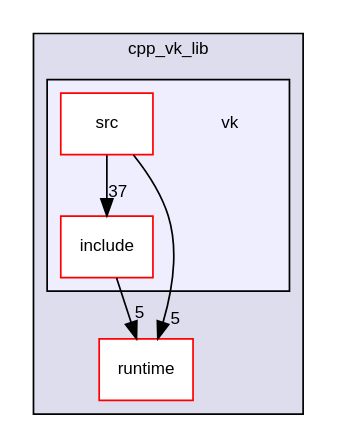
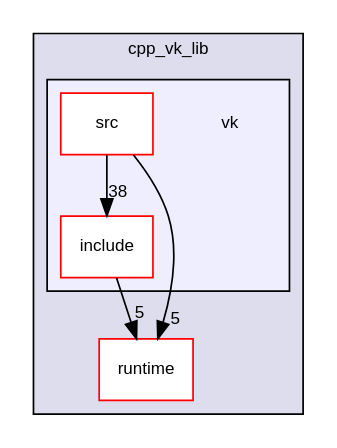
Before and after one commit to edgjj/cpp_vk_lib: the diagram in docs/dir_bfc5d6602c24fe620e9298c54e0ed106_dep.dot, drawn with Graphviz. The commit also changed 126 other files, not shown here.

```diff
--- a/docs/dir_bfc5d6602c24fe620e9298c54e0ed106_dep.dot
+++ b/docs/dir_bfc5d6602c24fe620e9298c54e0ed106_dep.dot
@@ -1,18 +1,18 @@
 digraph "vk" {
   compound=true
   node [ fontsize="10", fontname="Helvetica"];
   edge [ labelfontsize="10", labelfontname="Helvetica"];
   subgraph clusterdir_4470ddd6e717f230cc39b1c2bb983dff {
     graph [ bgcolor="#ddddee", pencolor="black", label="cpp_vk_lib" fontname="Helvetica", fontsize="10", URL="dir_4470ddd6e717f230cc39b1c2bb983dff.html"]
   dir_ae58b8918dcb99903ff518e79eee4aff [shape=box label="runtime" fillcolor="white" style="filled" color="red" URL="dir_ae58b8918dcb99903ff518e79eee4aff.html"];
   subgraph clusterdir_bfc5d6602c24fe620e9298c54e0ed106 {
     graph [ bgcolor="#eeeeff", pencolor="black", label="" URL="dir_bfc5d6602c24fe620e9298c54e0ed106.html"];
     dir_bfc5d6602c24fe620e9298c54e0ed106 [shape=plaintext label="vk"];
   dir_5a2e7e63c769be3e121e8a7cb4ca18ae [shape=box label="include" fillcolor="white" style="filled" color="red" URL="dir_5a2e7e63c769be3e121e8a7cb4ca18ae.html"];
   dir_c72a5efb889fc03326ef7775bdf6554c [shape=box label="src" fillcolor="white" style="filled" color="red" URL="dir_c72a5efb889fc03326ef7775bdf6554c.html"];
   }
   }
-  dir_c72a5efb889fc03326ef7775bdf6554c->dir_5a2e7e63c769be3e121e8a7cb4ca18ae [headlabel="37", labeldistance=1.5 headhref="dir_000005_000002.html"];
+  dir_c72a5efb889fc03326ef7775bdf6554c->dir_5a2e7e63c769be3e121e8a7cb4ca18ae [headlabel="38", labeldistance=1.5 headhref="dir_000005_000002.html"];
   dir_c72a5efb889fc03326ef7775bdf6554c->dir_ae58b8918dcb99903ff518e79eee4aff [headlabel="5", labeldistance=1.5 headhref="dir_000005_000015.html"];
   dir_5a2e7e63c769be3e121e8a7cb4ca18ae->dir_ae58b8918dcb99903ff518e79eee4aff [headlabel="5", labeldistance=1.5 headhref="dir_000002_000015.html"];
 }
```
